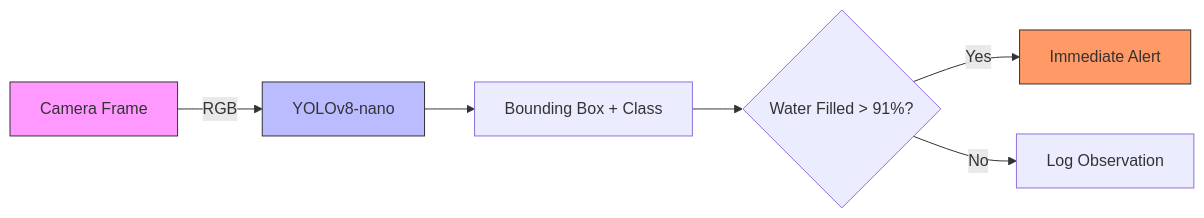
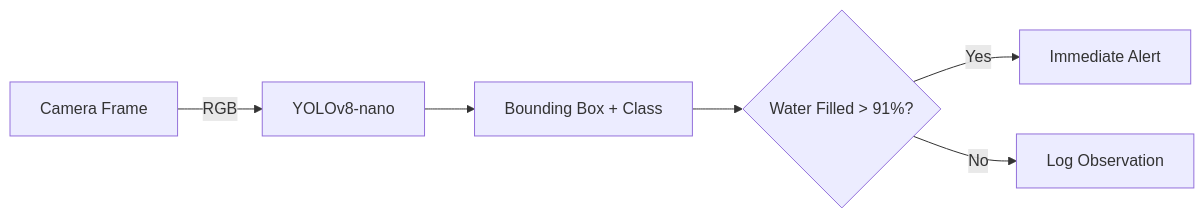
Before and after one commit to Goyam02/Sadak-Sathi: the second of 5 diagrams in README.md, drawn with Mermaid. The commit also changed other lines of this file, not shown here.

````diff
--- a/README.md
+++ b/README.md
@@ -122,12 +122,8 @@
 ```mermaid
 graph LR
     Cam[Camera Frame] -->|RGB| YOLO[YOLOv8-nano]
     YOLO --> Detect[Bounding Box + Class]
     Detect --> Check{Water Filled > 91%?}
     Check -->|Yes| Alert[Immediate Alert]
     Check -->|No| Log[Log Observation]
-    
-    style Cam fill:#f9f,stroke:#333
-    style YOLO fill:#bbf,stroke:#333
-    style Alert fill:#f96,stroke:#333
 ```
````
